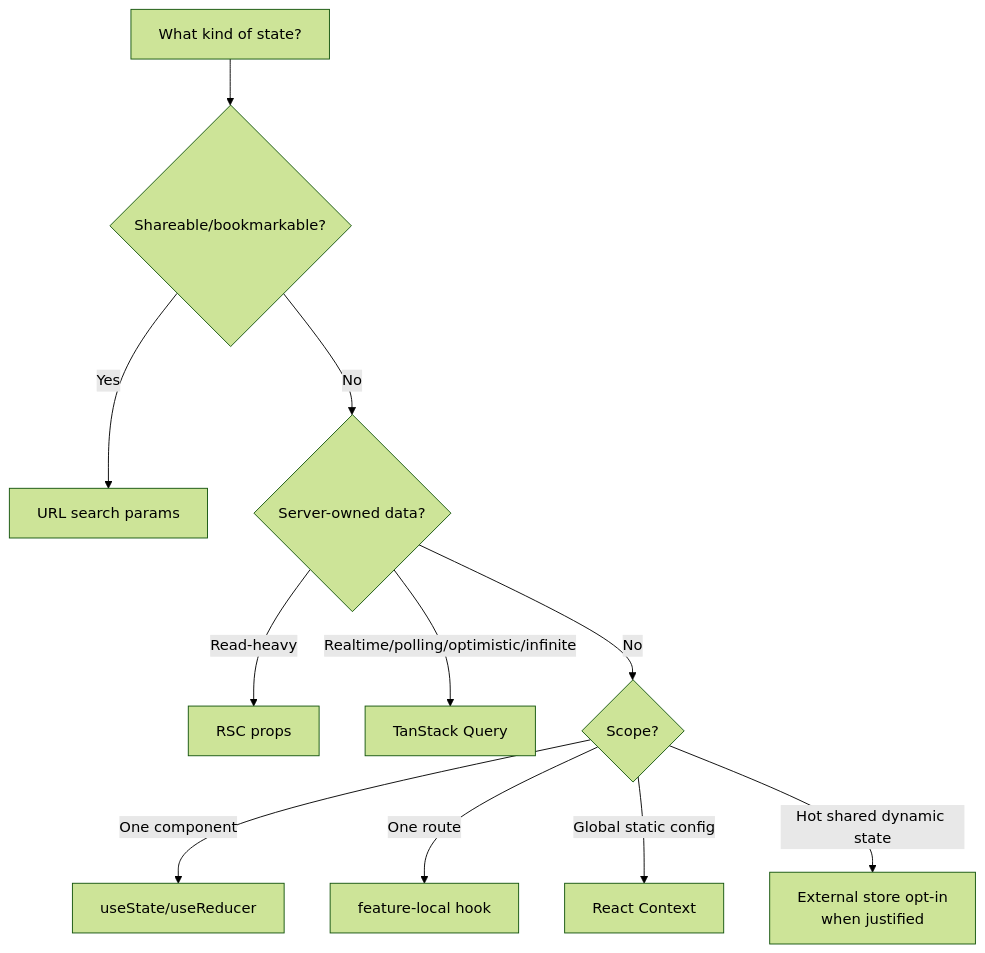
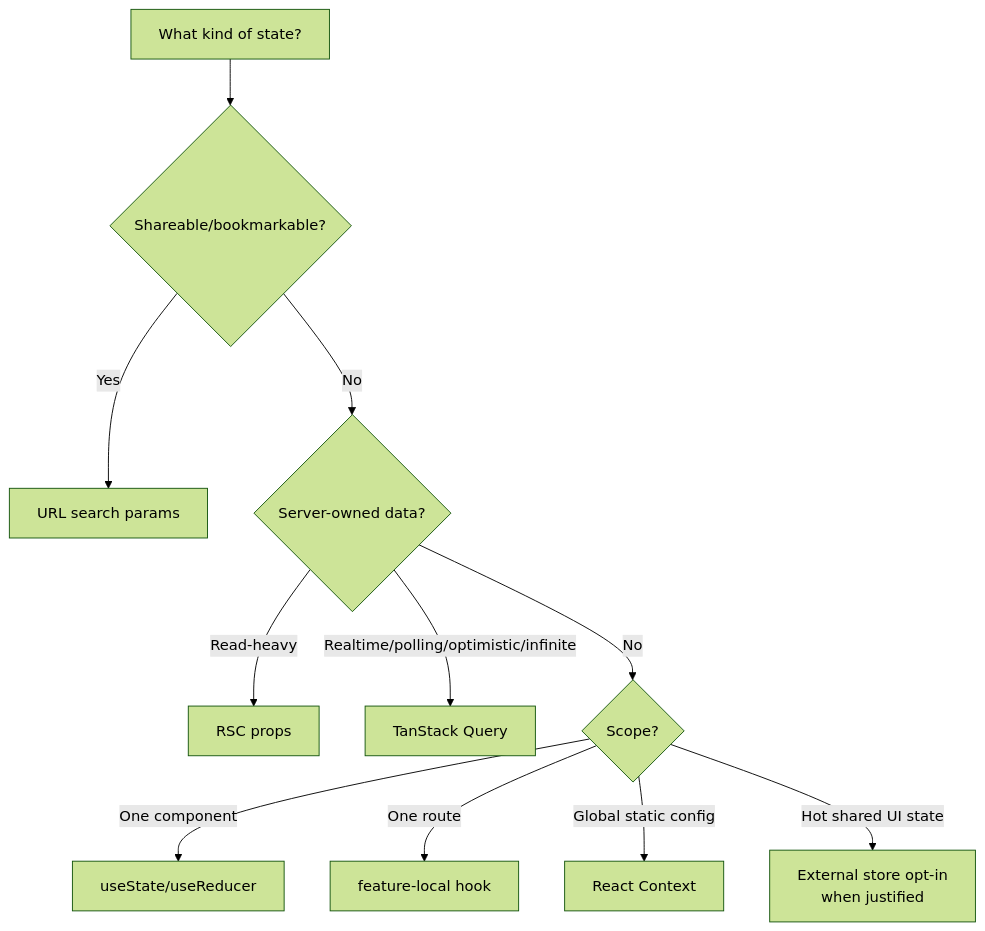
One commit to clicktronix/nextjs-clean-skills changed the sixth of 6 diagrams in docs/architecture-contract.md. Above: the diagram before and after it, drawn with Mermaid (forest theme). The commit also changed other lines of this file and 2 other files, not shown here.

````diff
--- a/docs/architecture-contract.md
+++ b/docs/architecture-contract.md
@@ -118,13 +171,13 @@
 ```mermaid
 flowchart TD
   State["What kind of state?"] --> URL{"Shareable/bookmarkable?"}
   URL -->|Yes| SearchParams["URL search params"]
   URL -->|No| Server{"Server-owned data?"}
   Server -->|Read-heavy| RSCProps["RSC props"]
   Server -->|Realtime/polling/optimistic/infinite| TanStack["TanStack Query"]
   Server -->|No| Scope{"Scope?"}
   Scope -->|One component| Local["useState/useReducer"]
   Scope -->|One route| FeatureHook["feature-local hook"]
   Scope -->|Global static config| Context["React Context"]
-  Scope -->|Hot shared dynamic state| Zustand["External store opt-in\nwhen justified"]
+  Scope -->|Hot shared UI state| Zustand["External store opt-in\nwhen justified"]
 ```
````
